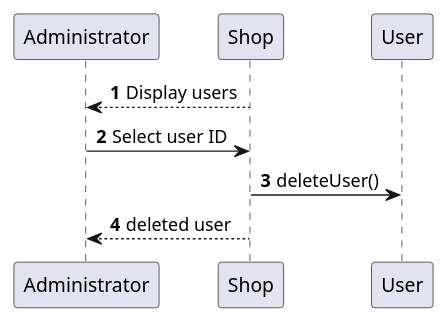
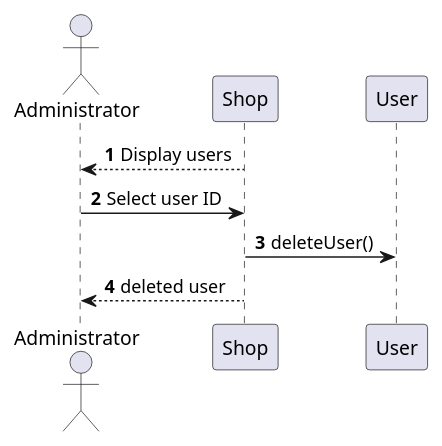
One commit to b3xul/ezshop changed the seventh of 14 diagrams in Deliverables/DesignDocument.md. Above: the diagram before and after it, drawn with PlantUML. The commit also changed other lines of this file, not shown here.

````diff
--- a/Deliverables/DesignDocument.md
+++ b/Deliverables/DesignDocument.md
@@ -339,15 +339,15 @@
 ```plantuml
 @startuml
 
-participant Administrator
+actor Administrator
 participant Shop
 participant User
 
 autonumber
 Shop --> Administrator: Display users
 Administrator -> Shop : Select user ID
 Shop -> User: deleteUser()
 Shop --> Administrator: deleted user
 
 @enduml
 ```
````
